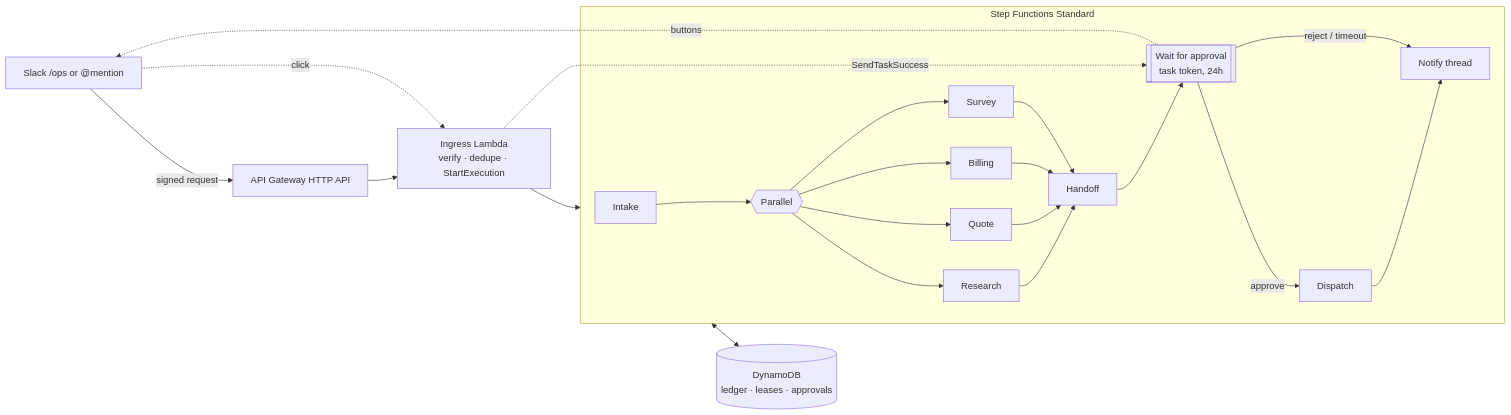
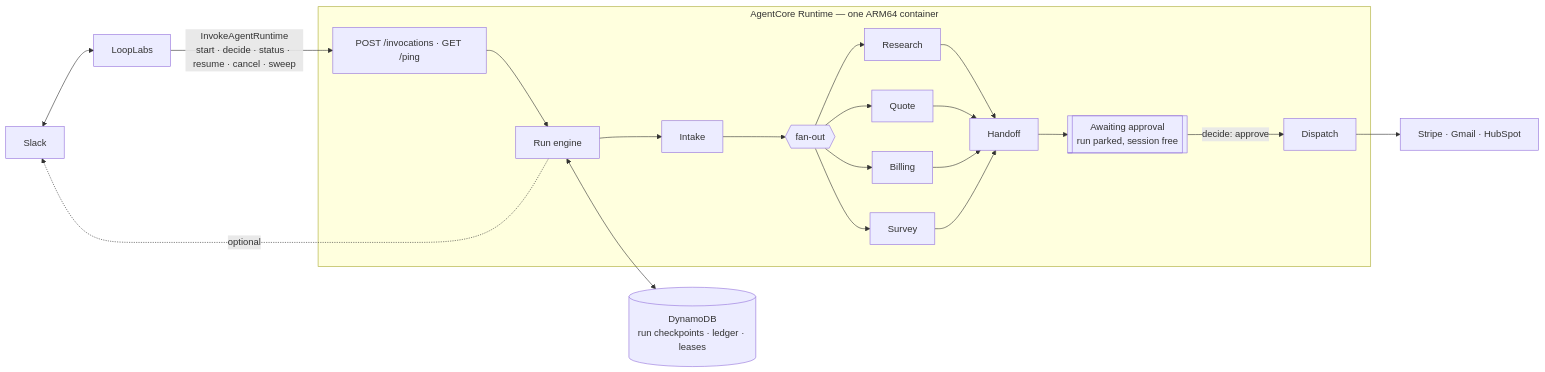
Before and after one commit to fetchsandbox/playground: the diagram in customer-ops-agents/README.md, drawn with Mermaid. The commit also changed other lines of this file and 37 other files, not shown here.

First line of the commit message:
Repackage customer-ops-agents for Bedrock AgentCore Runtime

````diff
--- a/customer-ops-agents/README.md
+++ b/customer-ops-agents/README.md
@@ -23,20 +24,15 @@
 ```mermaid
 flowchart LR
-  S[Slack /ops or @mention] -->|signed request| API[API Gateway HTTP API]
-  API --> IN[Ingress Lambda<br/>verify · dedupe · StartExecution]
-  IN --> SFN
-  subgraph SFN[Step Functions Standard]
-    I[Intake] --> P{{Parallel}}
-    P --> R[Research]
-    P --> Q[Quote]
-    P --> B[Billing]
-    P --> V[Survey]
-    R & Q & B & V --> H[Handoff]
-    H --> W[[Wait for approval<br/>task token, 24h]]
-    W -->|approve| D[Dispatch] --> N[Notify thread]
-    W -->|reject / timeout| N
+  SL[Slack] <--> LL[LoopLabs]
+  LL -->|InvokeAgentRuntime<br/>start · decide · status · resume · cancel · sweep| RT
+  subgraph AC[AgentCore Runtime — one ARM64 container]
+    RT[POST /invocations · GET /ping] --> EN[Run engine]
+    EN --> I[Intake] --> P{{fan-out}}
+    P --> R[Research] & Q[Quote] & B[Billing] & V[Survey]
+    R & Q & B & V --> H[Handoff] --> W[[Awaiting approval<br/>run parked, session free]]
+    W -->|decide: approve| D[Dispatch]
   end
-  W -. buttons .-> S
-  S -. click .-> IN -. SendTaskSuccess .-> W
-  SFN <--> DDB[(DynamoDB<br/>ledger · leases · approvals)]
+  EN <--> DDB[(DynamoDB<br/>run checkpoints · ledger · leases)]
+  D --> X[Stripe · Gmail · HubSpot]
+  EN -. optional .-> SL
 ```
````
